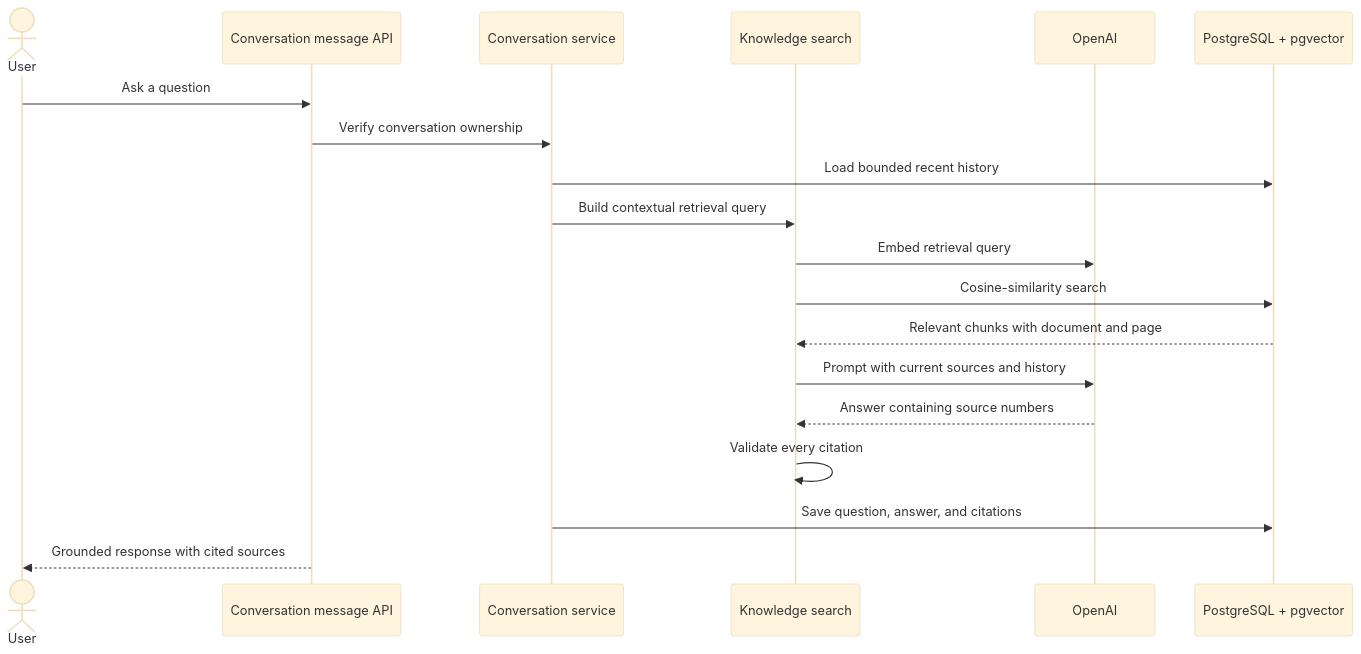
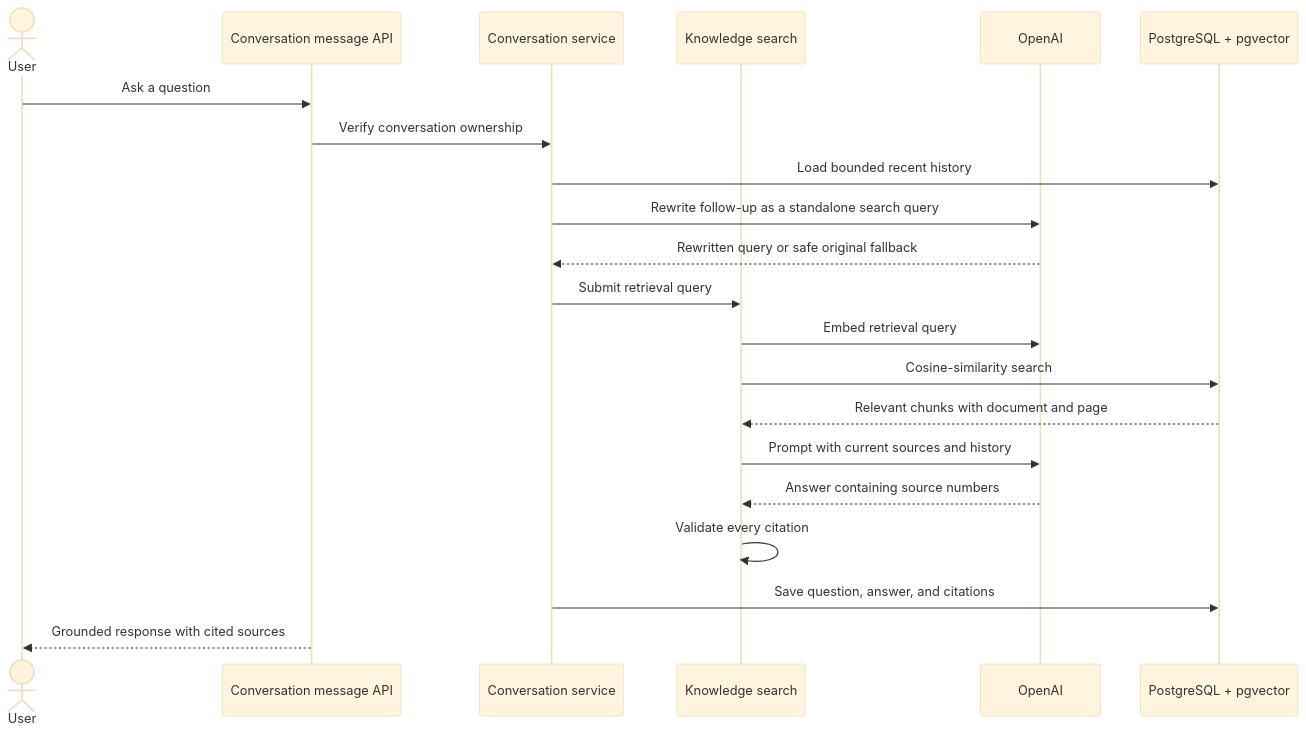
The third of 3 diagrams in README.md (brianalbert7/ai-support-agent), drawn with Mermaid (base theme) before and after one commit. The commit also changed other lines of this file and 8 other files, not shown here.

Commit message:
feat(rag): rewrite conversational retrieval queries

````diff
--- a/README.md
+++ b/README.md
@@ -84,22 +84,24 @@
 ```mermaid
 sequenceDiagram
     actor User
     participant API as Conversation message API
     participant Conversation as Conversation service
     participant Search as Knowledge search
     participant AI as OpenAI
     participant DB as PostgreSQL + pgvector
 
     User->>API: Ask a question
     API->>Conversation: Verify conversation ownership
     Conversation->>DB: Load bounded recent history
-    Conversation->>Search: Build contextual retrieval query
+    Conversation->>AI: Rewrite follow-up as a standalone search query
+    AI-->>Conversation: Rewritten query or safe original fallback
+    Conversation->>Search: Submit retrieval query
     Search->>AI: Embed retrieval query
     Search->>DB: Cosine-similarity search
     DB-->>Search: Relevant chunks with document and page
     Search->>AI: Prompt with current sources and history
     AI-->>Search: Answer containing source numbers
     Search->>Search: Validate every citation
     Conversation->>DB: Save question, answer, and citations
     API-->>User: Grounded response with cited sources
 ```
````
